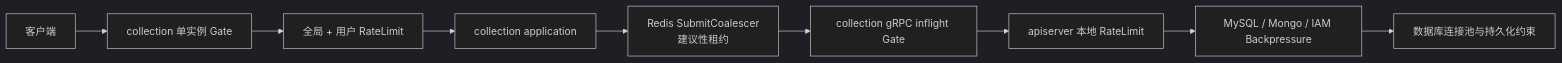
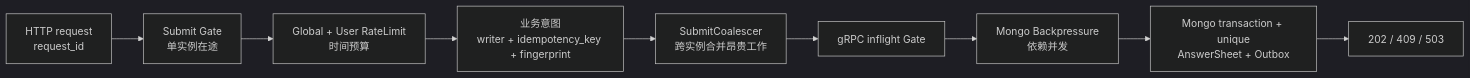
The diagram in docs/03-基础设施/concurrency/README.md (FangcunMount/qs-server), drawn with Mermaid (dark theme) before and after one commit. The commit also changed other lines of this file and 40 other files, not shown here.

````diff
--- a/docs/03-基础设施/concurrency/README.md
+++ b/docs/03-基础设施/concurrency/README.md
@@ -19,11 +25,11 @@
 ```mermaid
 flowchart LR
-    Client["客户端"] --> HTTPGate["collection 单实例 Gate"]
-    HTTPGate --> Rate["全局 + 用户 RateLimit"]
-    Rate --> App["collection application"]
-    App --> Guard["Redis SubmitCoalescer<br/>建议性租约"]
-    Guard --> GRPCGate["collection gRPC inflight Gate"]
-    GRPCGate --> APIRate["apiserver 本地 RateLimit"]
-    APIRate --> BP["MySQL / Mongo / IAM Backpressure"]
-    BP --> Store["数据库连接池与持久化约束"]
+    Request["HTTP request<br/>request_id"] --> Gate["Submit Gate<br/>单实例在途"]
+    Gate --> Rate["Global + User RateLimit<br/>时间预算"]
+    Rate --> Intent["业务意图<br/>writer + idempotency_key + fingerprint"]
+    Intent --> Coalescer["SubmitCoalescer<br/>跨实例合并昂贵工作"]
+    Coalescer --> GRPC["gRPC inflight Gate"]
+    GRPC --> BP["Mongo Backpressure<br/>依赖并发"]
+    BP --> Fact["Mongo transaction + unique<br/>AnswerSheet + Outbox"]
+    Fact --> Response["202 / 409 / 503"]
 ```
````
